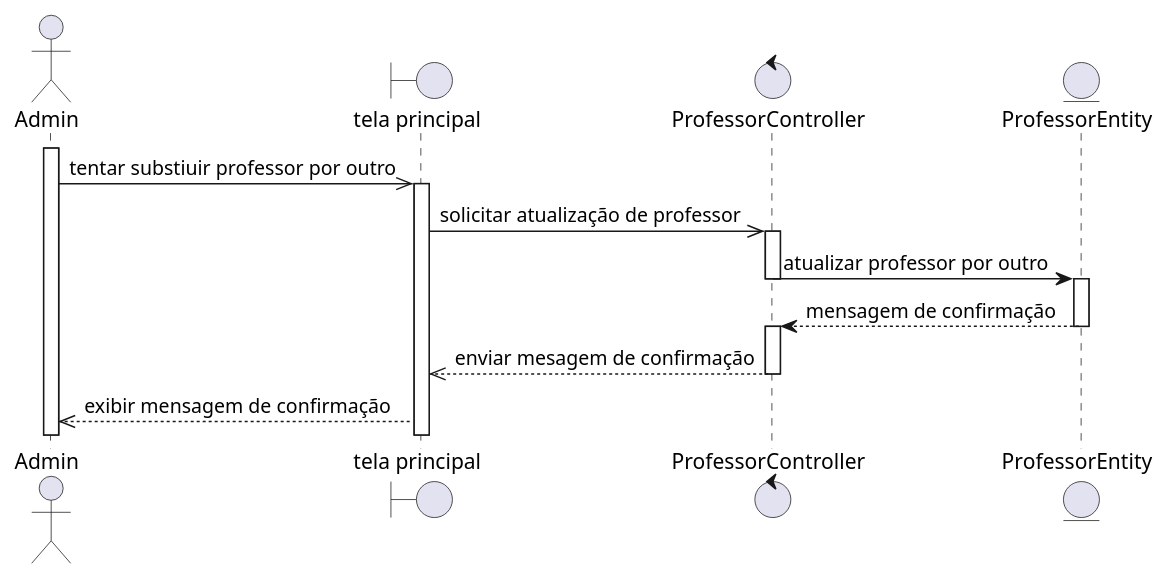
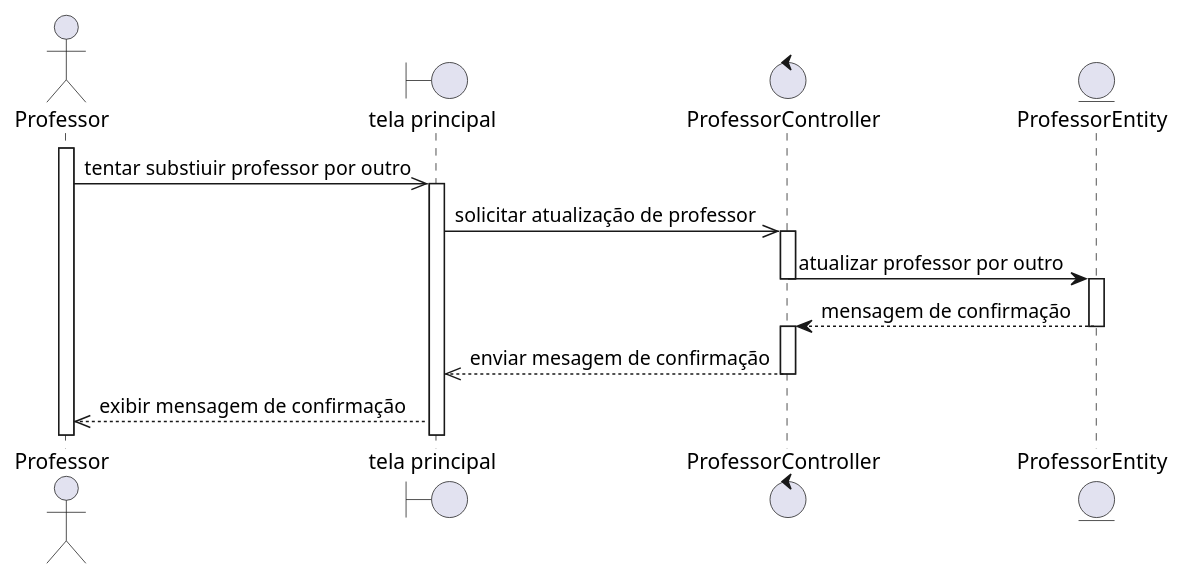
The diagram in design/sequence_code/admin/professor.replace.wsd (rodrigoRolim/AC-backend), drawn with PlantUML before and after one commit. The commit also changed 61 other files, not shown here.

Commit message:
change requeriments and diagrams

```diff
--- a/design/sequence_code/admin/professor.replace.wsd
+++ b/design/sequence_code/admin/professor.replace.wsd
@@ -1,23 +1,23 @@
 @startuml
-actor Admin
+actor Professor
 boundary "tela principal" as home
 control ProfessorController
 entity ProfessorEntity
 
 
-activate Admin
-Admin ->> home: tentar substiuir professor por outro
+activate Professor
+Professor ->> home: tentar substiuir professor por outro
 activate home
 home ->> ProfessorController: solicitar atualização de professor
 activate ProfessorController
 ProfessorController -> ProfessorEntity: atualizar professor por outro
 deactivate ProfessorController
 activate ProfessorEntity
 ProfessorEntity --> ProfessorController: mensagem de confirmação
 deactivate ProfessorEntity
 activate ProfessorController
 ProfessorController -->> home: enviar mesagem de confirmação
 deactivate ProfessorController
-home -->> Admin: exibir mensagem de confirmação 
+home -->> Professor: exibir mensagem de confirmação 
 
 @enduml
```
